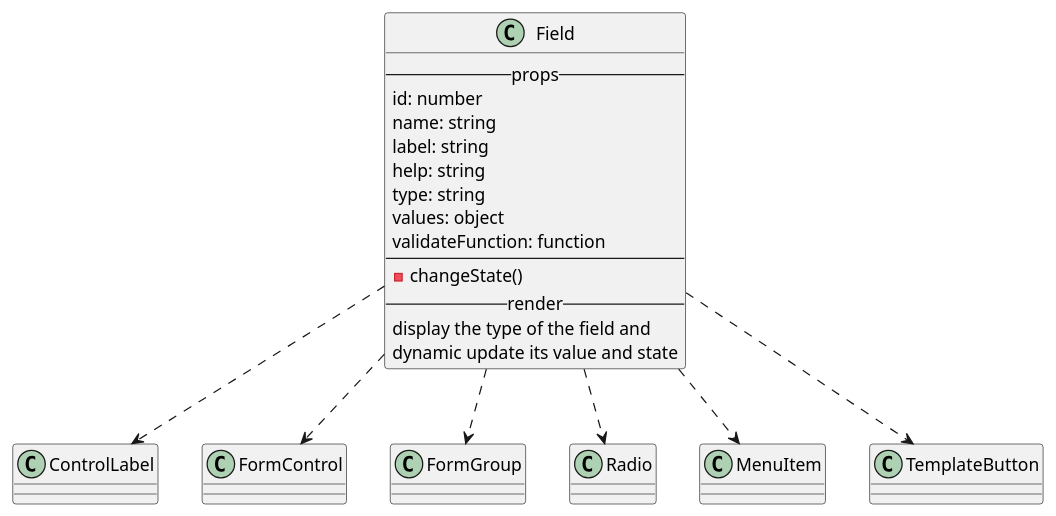
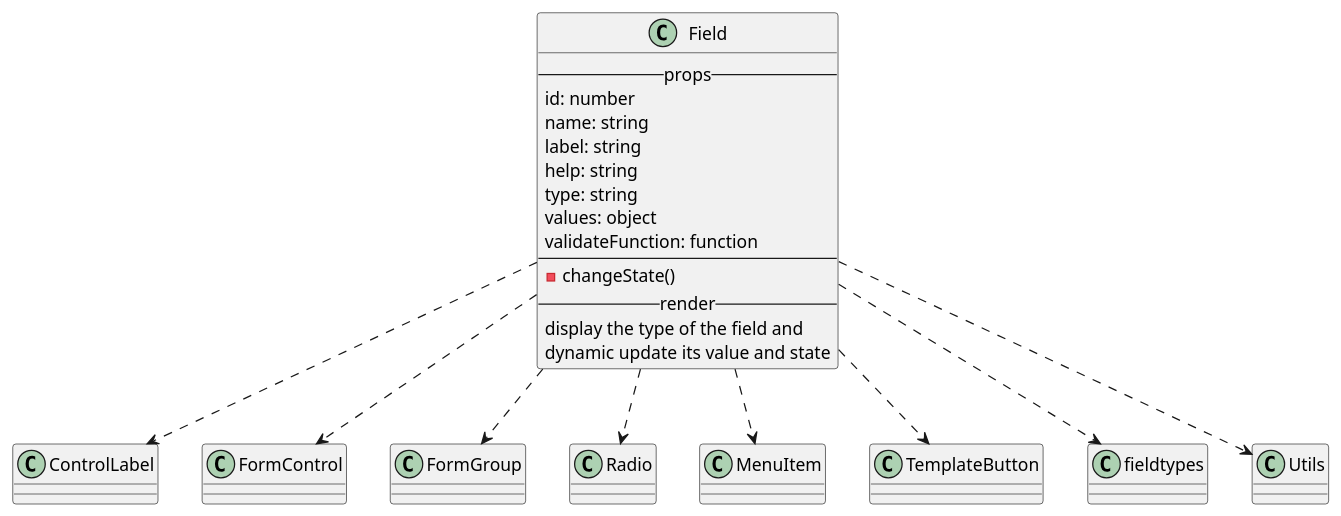
Before and after one commit to M9k/Marvin-Uml: the diagram in react/custom/field.iuml, drawn with PlantUML. The commit also changed 15 other files, not shown here.

```diff
--- a/react/custom/field.iuml
+++ b/react/custom/field.iuml
@@ -1,21 +1,23 @@
 class Field{
     --props--
         id: number
         name: string
         label: string
         help: string
         type: string
         values: object
         validateFunction: function
     ----
         - changeState()
     --render--
         display the type of the field and
         dynamic update its value and state
 }
 Field ..> ControlLabel
 Field ..> FormControl
 Field ..> FormGroup
 Field ..> Radio
 Field ..> MenuItem
 Field ..> TemplateButton
+Field ..> fieldtypes
+Field ..> Utils
```
